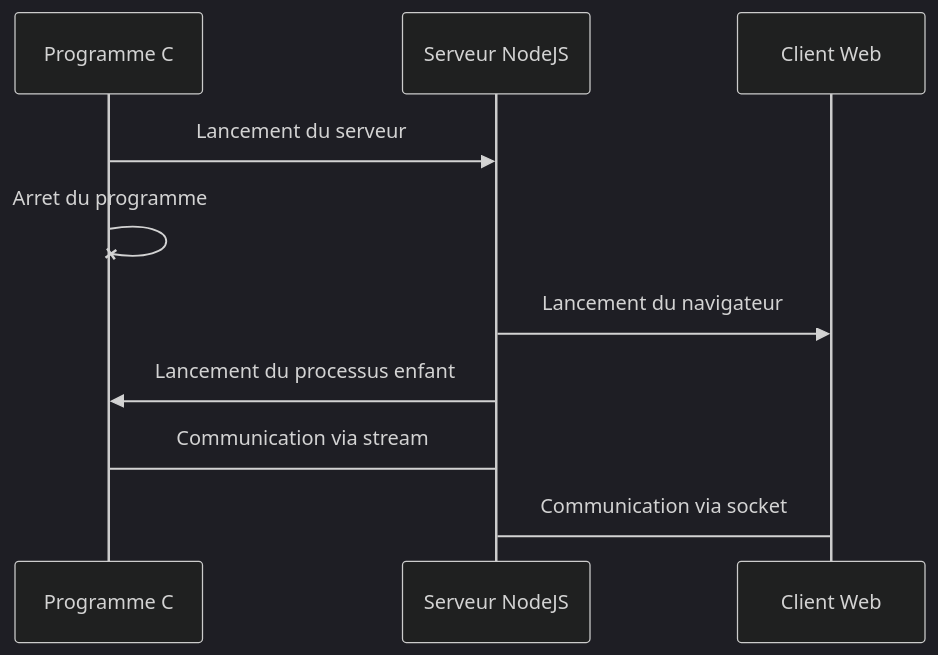
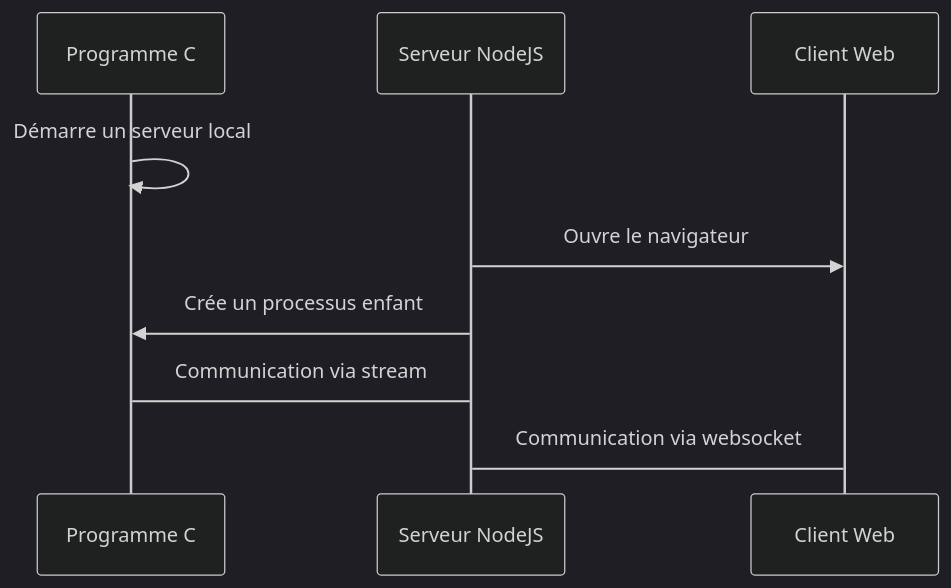
The first of 2 diagrams in README.md (ThomasLachaux/Agenda), drawn with Mermaid (dark theme) before and after one commit. The commit also changed other lines of this file and 11 other files, not shown here.

````diff
--- a/README.md
+++ b/README.md
@@ -20,12 +28,11 @@
 ```mermaid
 sequenceDiagram
     participant A as Programme C
     participant B as Serveur NodeJS
     participant C as Client Web
-    A->>B: Lancement du serveur
-    A-XA: Arret du programme
-    B->>C: Lancement du navigateur
-    B->>A: Lancement du processus enfant
+    A->>A: Démarre un serveur local
+    B->>C: Ouvre le navigateur
+    B->>A: Crée un processus enfant
     A->B: Communication via stream
-    B->C: Communication via socket
+    B->C: Communication via websocket
 ```
````
